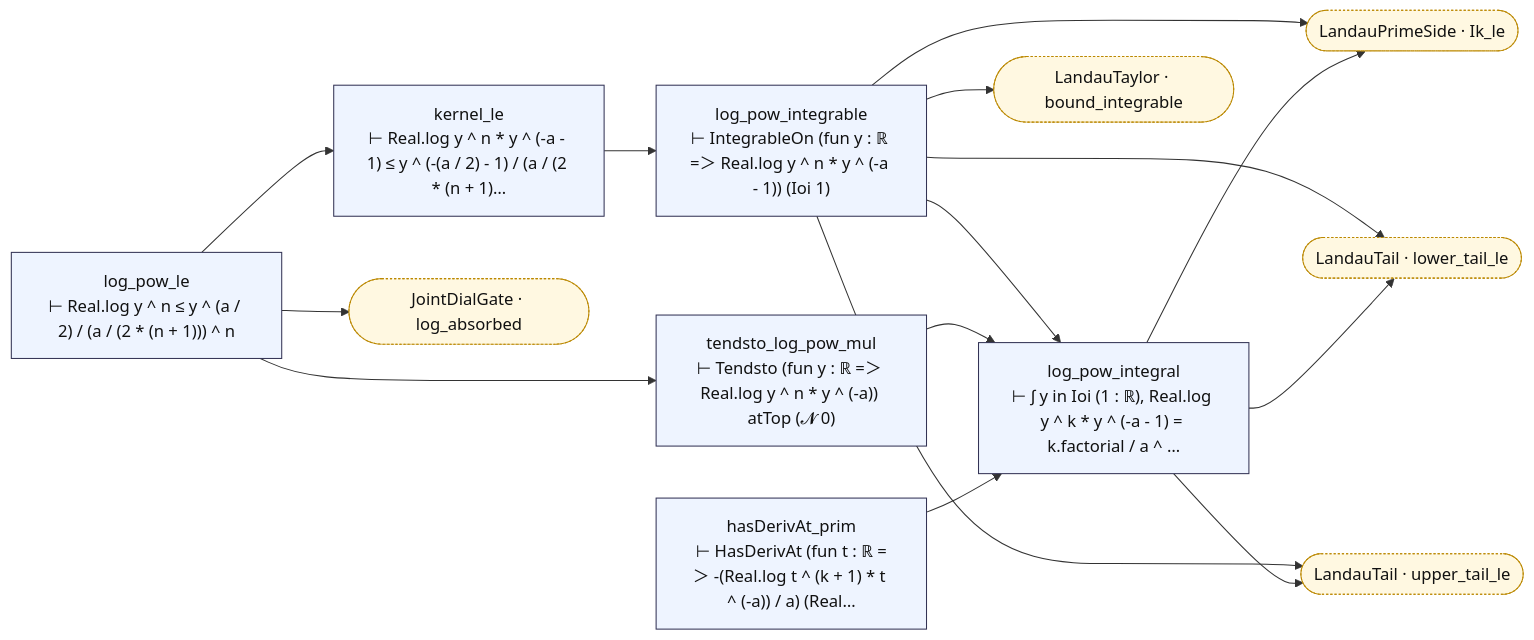
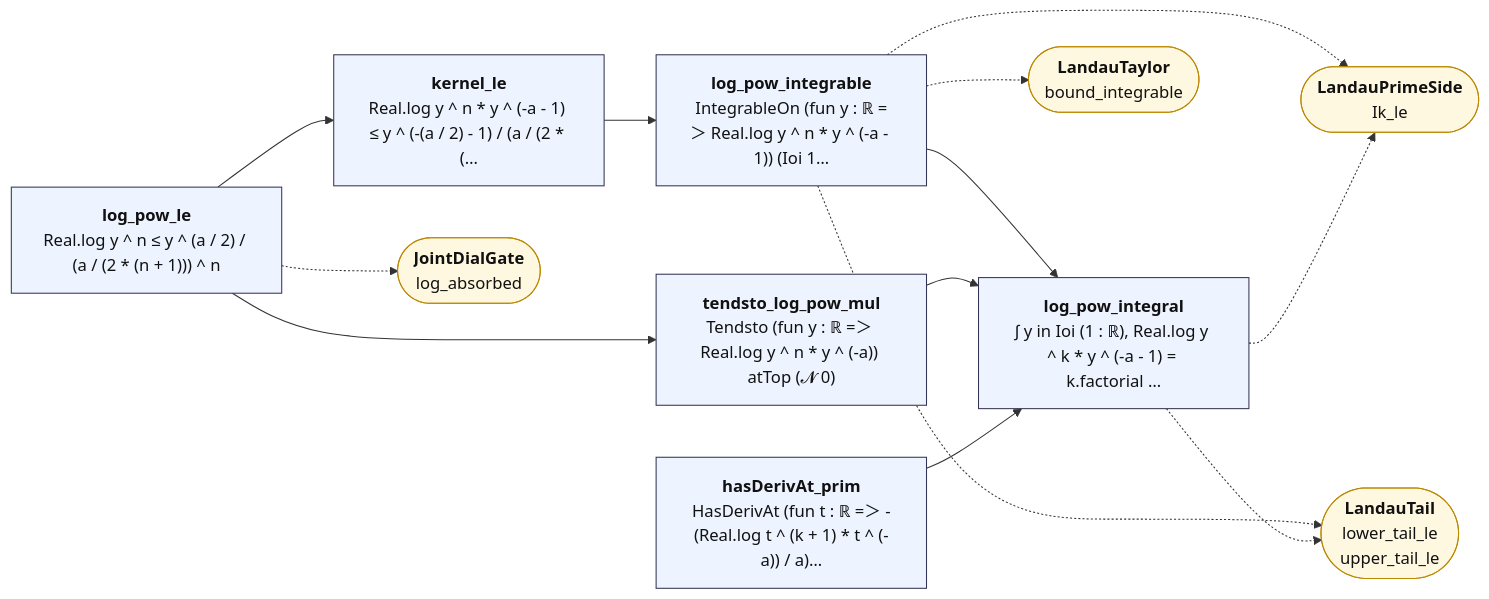
One commit to juliansambranojr/Primebeat_081426 changed the diagram in map/lean_stage3/LandauKernel.md. Above: the diagram before and after it, drawn with Mermaid. The commit also changed other lines of this file and 387 other files, not shown here.

````diff
--- a/map/lean_stage3/LandauKernel.md
+++ b/map/lean_stage3/LandauKernel.md
@@ -8,34 +12,30 @@
 ```mermaid
 flowchart LR
-  n0["log_pow_le<br/>⊢ Real.log y ^ n ≤ y ^ (a / 2) / (a / (2 * (n + 1))) ^ n"]:::thm
-  n1["kernel_le<br/>⊢ Real.log y ^ n * y ^ (-a - 1) ≤ y ^ (-(a / 2) - 1) / (a / (2 * (n + 1)…"]:::thm
-  n2["log_pow_integrable<br/>⊢ IntegrableOn (fun y : ℝ =＞ Real.log y ^ n * y ^ (-a - 1)) (Ioi 1)"]:::thm
-  n3["tendsto_log_pow_mul<br/>⊢ Tendsto (fun y : ℝ =＞ Real.log y ^ n * y ^ (-a)) atTop (𝓝 0)"]:::thm
-  n4["hasDerivAt_prim<br/>⊢ HasDerivAt (fun t : ℝ =＞ -(Real.log t ^ (k + 1) * t ^ (-a)) / a) (Real…"]:::thm
-  n5["log_pow_integral<br/>⊢ ∫ y in Ioi (1 : ℝ), Real.log y ^ k * y ^ (-a - 1) = k.factorial / a ^ …"]:::thm
-  x0(["JointDialGate · log_absorbed"]):::ext
-  x1(["LandauPrimeSide · Ik_le"]):::ext
-  x2(["LandauTail · lower_tail_le"]):::ext
-  x3(["LandauTail · upper_tail_le"]):::ext
-  x4(["LandauTaylor · bound_integrable"]):::ext
+  n0["<b>log_pow_le</b><br/>Real.log y ^ n ≤ y ^ (a / 2) / (a / (2 * (n + 1))) ^ n"]:::thm
+  n1["<b>kernel_le</b><br/>Real.log y ^ n * y ^ (-a - 1) ≤ y ^ (-(a / 2) - 1) / (a / (2 * (…"]:::thm
+  n2["<b>log_pow_integrable</b><br/>IntegrableOn (fun y : ℝ =＞ Real.log y ^ n * y ^ (-a - 1)) (Ioi 1…"]:::thm
+  n3["<b>tendsto_log_pow_mul</b><br/>Tendsto (fun y : ℝ =＞ Real.log y ^ n * y ^ (-a)) atTop (𝓝 0)"]:::thm
+  n4["<b>hasDerivAt_prim</b><br/>HasDerivAt (fun t : ℝ =＞ -(Real.log t ^ (k + 1) * t ^ (-a)) / a)…"]:::thm
+  n5["<b>log_pow_integral</b><br/>∫ y in Ioi (1 : ℝ), Real.log y ^ k * y ^ (-a - 1) = k.factorial …"]:::thm
+  x0(["<b>JointDialGate</b><br/>log_absorbed"]):::ext
+  x1(["<b>LandauPrimeSide</b><br/>Ik_le"]):::ext
+  x2(["<b>LandauTail</b><br/>lower_tail_le<br/>upper_tail_le"]):::ext
+  x3(["<b>LandauTaylor</b><br/>bound_integrable"]):::ext
   n0 --> n1
   n0 --> n3
-  n0 --> x0
   n1 --> n2
   n2 --> n5
-  n2 --> x1
-  n2 --> x2
-  n2 --> x3
-  n2 --> x4
   n3 --> n5
   n4 --> n5
-  n5 --> x1
-  n5 --> x2
-  n5 --> x3
+  n0 -.-> x0
+  n2 -.-> x1
+  n2 -.-> x2
+  n2 -.-> x3
+  n5 -.-> x1
+  n5 -.-> x2
   classDef thm fill:#eef4ff,stroke:#335,color:#111
-  classDef dfn fill:#f2f2f2,stroke:#777,color:#111
   classDef end_ fill:#e7f7e7,stroke:#2a7,color:#111,stroke-width:2px
   classDef lone fill:#fff,stroke:#999,color:#111,stroke-dasharray:4 3
   classDef bad fill:#ffe5e5,stroke:#c22,color:#111,stroke-width:2px
-  classDef ext fill:#fff8e1,stroke:#b80,color:#111,stroke-dasharray:2 2
+  classDef ext fill:#fff8e1,stroke:#b80,color:#111
 ```
````
